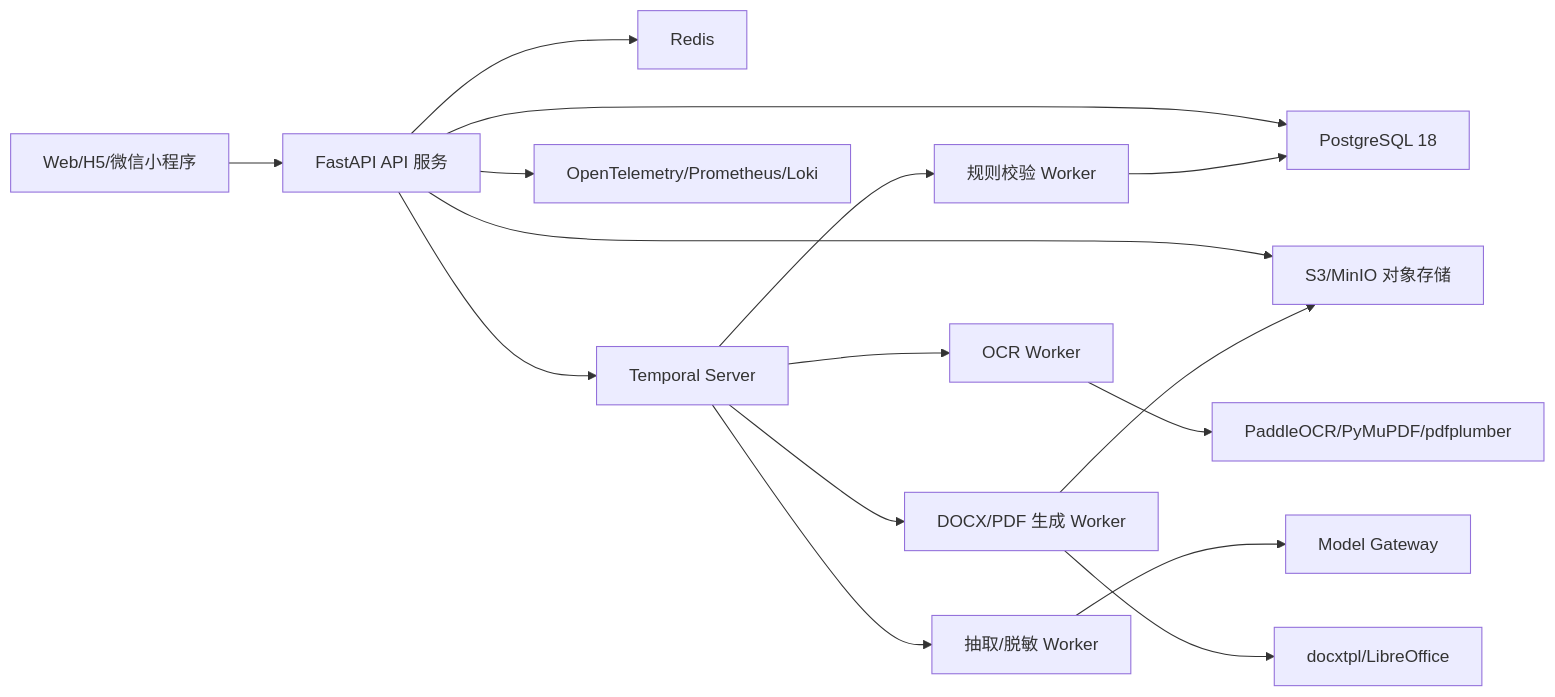
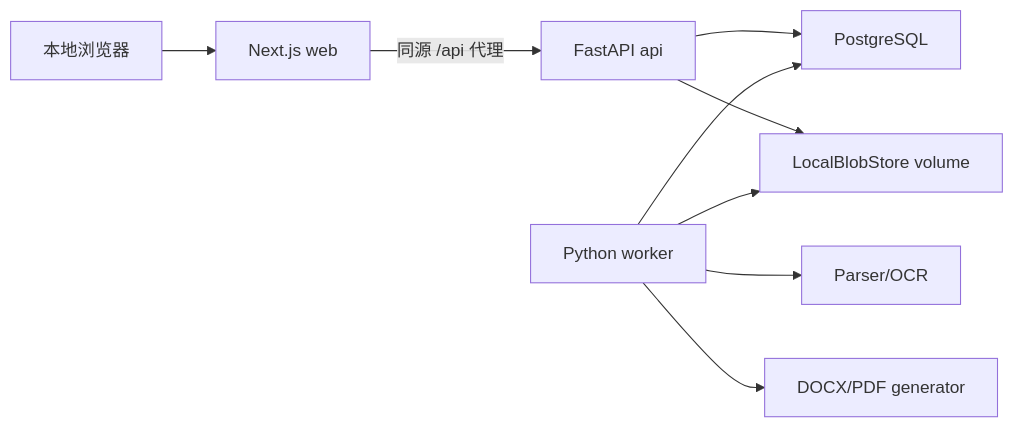
Before and after one commit to LanShiLiang/CaseFilingAssistant: the first of 3 diagrams in outputs/后端技术方案_全国版强制执行材料生成助手.md, drawn with Mermaid. The commit also changed other lines of this file and 5 other files, not shown here.

````diff
--- a/outputs/后端技术方案_全国版强制执行材料生成助手.md
+++ b/outputs/后端技术方案_全国版强制执行材料生成助手.md
@@ -54,18 +106,11 @@
 ```mermaid
 flowchart LR
-  Client["Web/H5/微信小程序"] --> API["FastAPI API 服务"]
-  API --> DB["PostgreSQL 18"]
-  API --> Redis["Redis"]
-  API --> OS["S3/MinIO 对象存储"]
-  API --> Temporal["Temporal Server"]
-  Temporal --> Worker1["OCR Worker"]
-  Temporal --> Worker2["抽取/脱敏 Worker"]
-  Temporal --> Worker3["规则校验 Worker"]
-  Temporal --> Worker4["DOCX/PDF 生成 Worker"]
-  Worker1 --> OCR["PaddleOCR/PyMuPDF/pdfplumber"]
-  Worker2 --> Model["Model Gateway"]
-  Worker3 --> DB
-  Worker4 --> DocEngine["docxtpl/LibreOffice"]
-  Worker4 --> OS
-  API --> Obs["OpenTelemetry/Prometheus/Loki"]
+  Browser["本地浏览器"] --> Web["Next.js web"]
+  Web -->|"同源 /api 代理"| API["FastAPI api"]
+  API --> PG["PostgreSQL"]
+  API --> Blob["LocalBlobStore volume"]
+  Worker["Python worker"] --> PG
+  Worker --> Blob
+  Worker --> Parse["Parser/OCR"]
+  Worker --> Generate["DOCX/PDF generator"]
 ```
````
